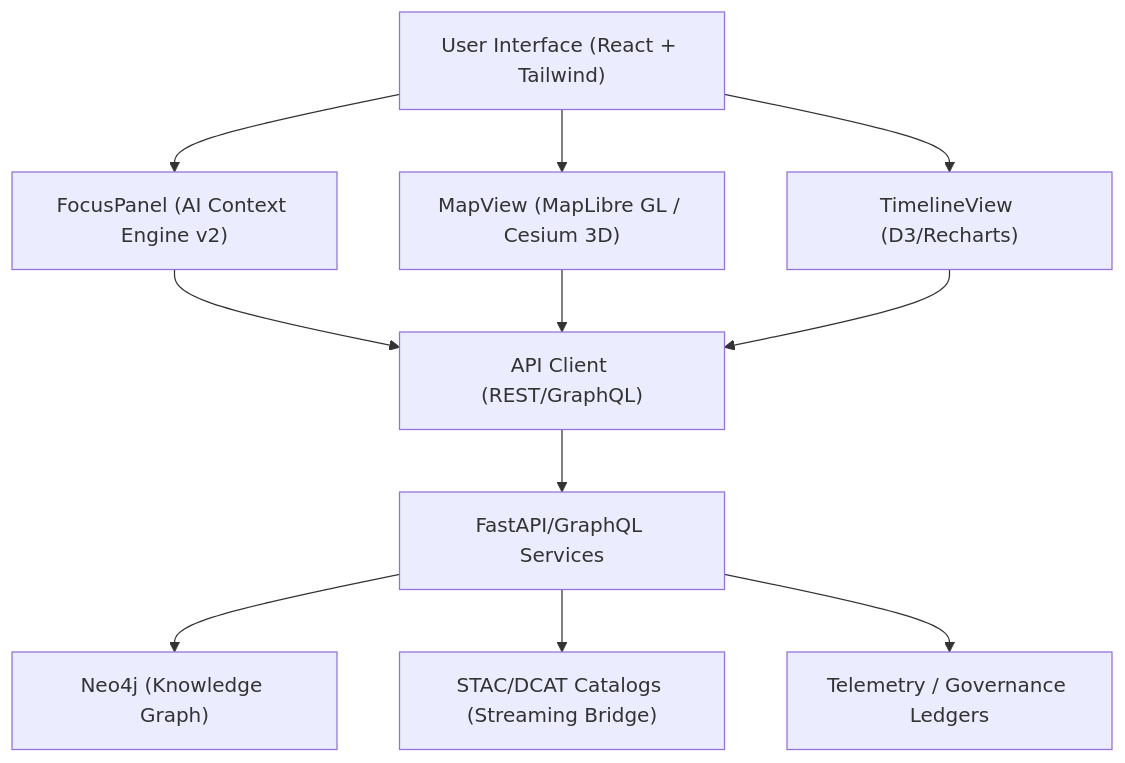
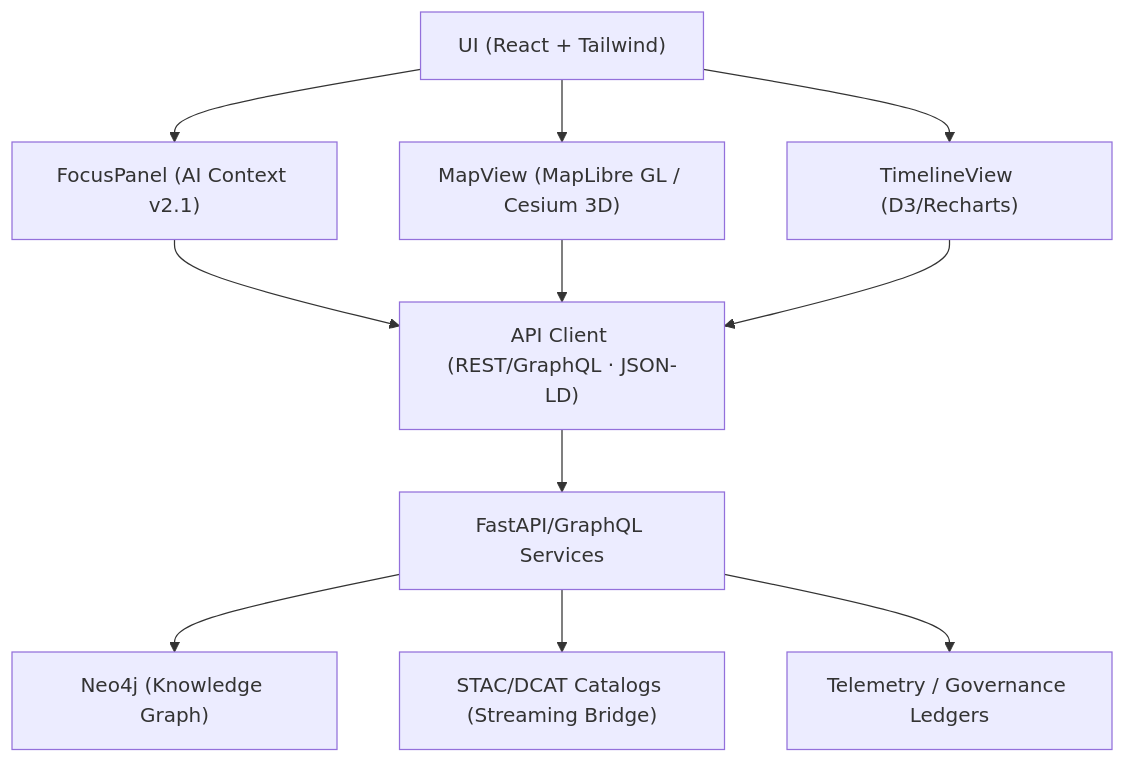
Before and after one commit to bartytime4life/Kansas-Frontier-Matrix: the diagram in web/README.md, drawn with Mermaid. The commit also changed other lines of this file, not shown here.

````diff
--- a/web/README.md
+++ b/web/README.md
@@ -76,13 +76,13 @@
 ```mermaid
 flowchart TD
-A["User Interface (React + Tailwind)"] --> B["FocusPanel (AI Context Engine v2)"]
+A["UI (React + Tailwind)"] --> B["FocusPanel (AI Context v2.1)"]
 A --> C["MapView (MapLibre GL / Cesium 3D)"]
 A --> D["TimelineView (D3/Recharts)"]
-B --> E["API Client (REST/GraphQL)"]
+B --> E["API Client (REST/GraphQL · JSON-LD)"]
 C --> E
 D --> E
 E --> F["FastAPI/GraphQL Services"]
 F --> G["Neo4j (Knowledge Graph)"]
 F --> H["STAC/DCAT Catalogs (Streaming Bridge)"]
 F --> I["Telemetry / Governance Ledgers"]
 ```
````
